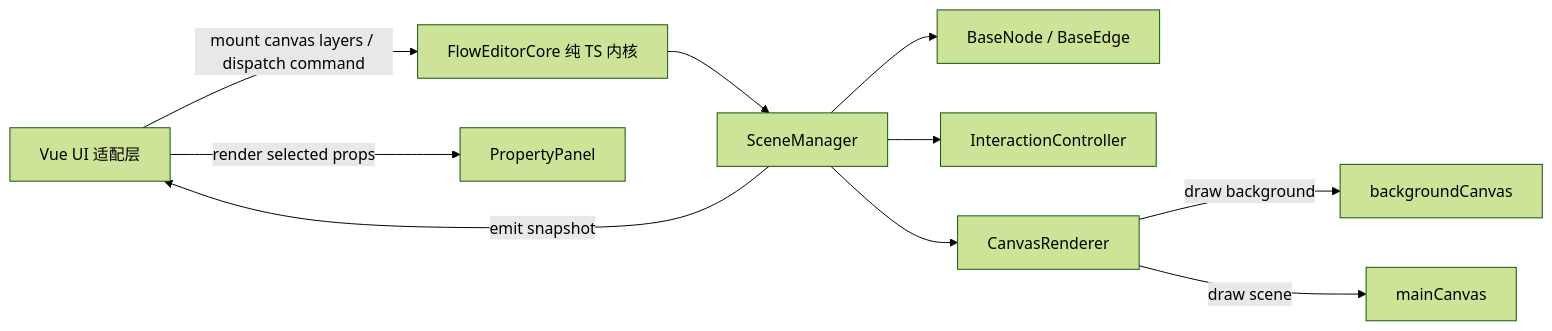
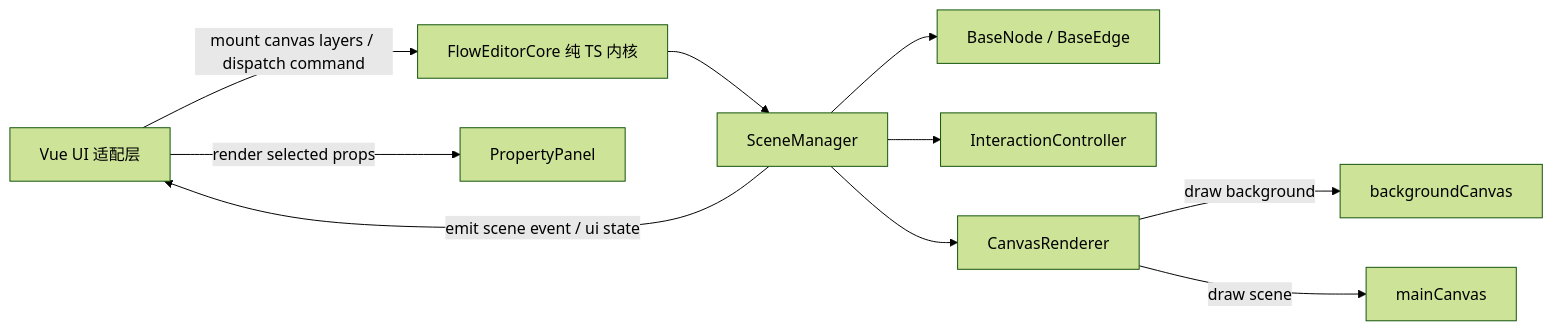
One commit to kkagura/w-process changed the diagram in 架构设计.md. Above: the diagram before and after it, drawn with Mermaid (forest theme). The commit also changed other lines of this file and 8 other files, not shown here.

````diff
--- a/架构设计.md
+++ b/架构设计.md
@@ -44,12 +44,12 @@
 ```mermaid
 flowchart LR
   A[Vue UI 适配层] -->|mount canvas layers / dispatch command| B[FlowEditorCore 纯 TS 内核]
   B --> C[SceneManager]
   C --> D[BaseNode / BaseEdge]
   C --> E[InteractionController]
   C --> F[CanvasRenderer]
   F -->|draw background| G[backgroundCanvas]
   F -->|draw scene| I[mainCanvas]
-  C -->|emit snapshot| A
+  C -->|emit scene event / ui state| A
   A -->|render selected props| H[PropertyPanel]
 ```
````
